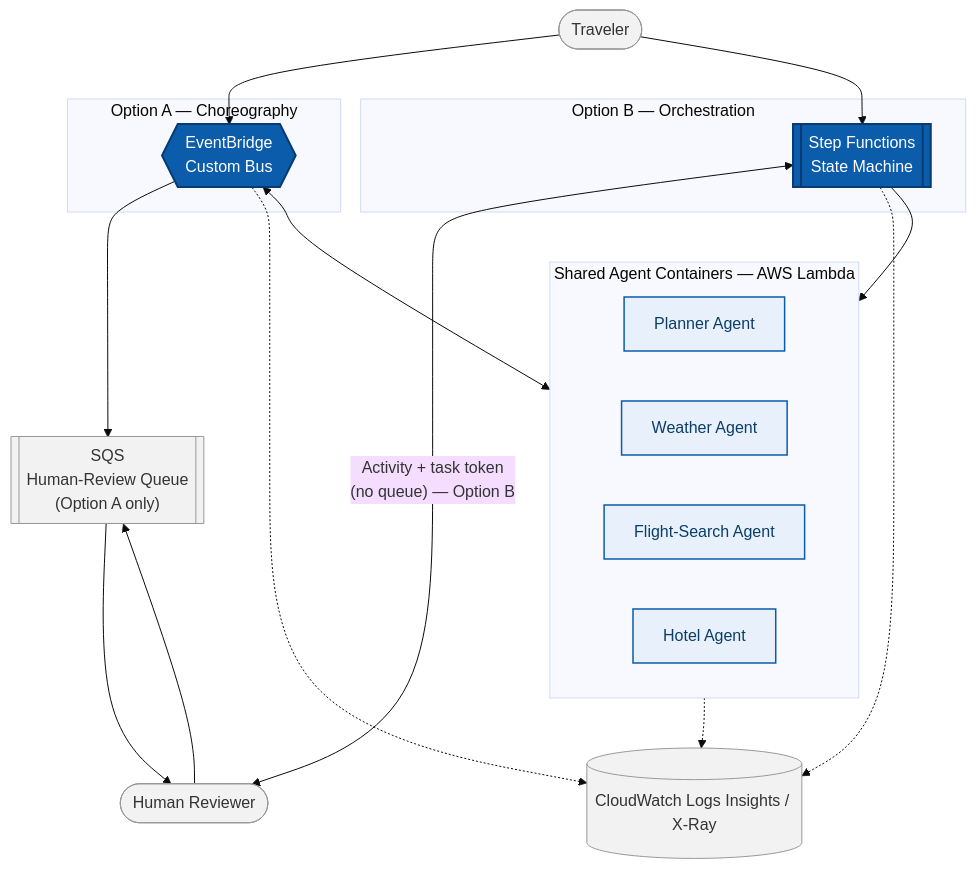
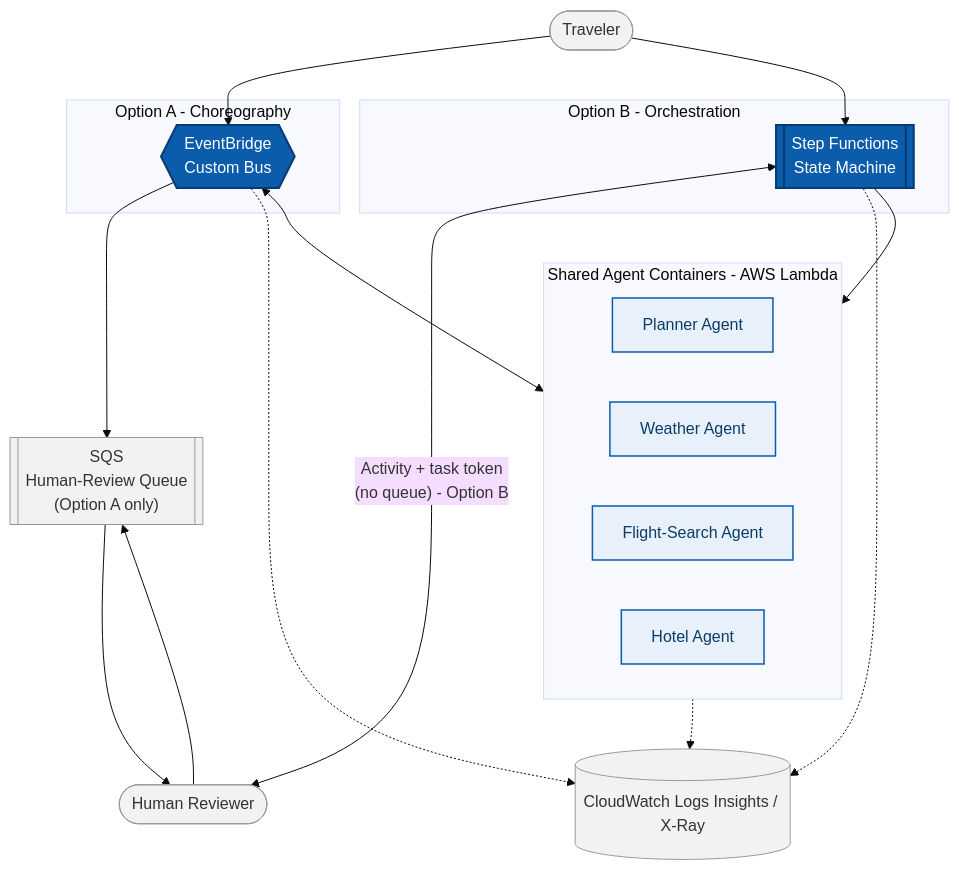
One commit to KartikJaswal1111/multi_agent_patterns_on_aws_serverless changed the second of 2 diagrams in architecture/HLD.md. Above: the diagram before and after it, drawn with Mermaid (base theme). The commit also changed other lines of this file and 11 other files, not shown here.

````diff
--- a/architecture/HLD.md
+++ b/architecture/HLD.md
@@ -144,43 +144,43 @@
 ```mermaid
 flowchart TB
     Client(["Traveler"])
 
-    subgraph OptionA["Option A — Choreography"]
+    subgraph OptionA["Option A - Choreography"]
         Bus{{"EventBridge\nCustom Bus"}}
     end
 
-    subgraph OptionB["Option B — Orchestration"]
+    subgraph OptionB["Option B - Orchestration"]
         SFN[["Step Functions\nState Machine"]]
     end
 
-    subgraph Agents["Shared Agent Containers — AWS Lambda"]
+    subgraph Agents["Shared Agent Containers - AWS Lambda"]
         direction LR
         Planner["Planner Agent"]
         Weather["Weather Agent"]
         Flight["Flight-Search Agent"]
         Hotel["Hotel Agent"]
     end
 
     Queue[["SQS\nHuman-Review Queue\n(Option A only)"]]
     Reviewer(["Human Reviewer"])
     Logs[("CloudWatch Logs Insights / X-Ray")]
 
     Client --> Bus
     Client --> SFN
     Bus <--> Agents
     SFN --> Agents
     Bus --> Queue
     Queue --> Reviewer
     Reviewer --> Queue
-    SFN <-->|"Activity + task token\n(no queue) — Option B"| Reviewer
+    SFN <-->|"Activity + task token\n(no queue) - Option B"| Reviewer
     Agents -.-> Logs
     Bus -.-> Logs
     SFN -.-> Logs
 
     classDef bus fill:#0b5cab,color:#ffffff,stroke:#063b73,stroke-width:2px;
     classDef agent fill:#e8f1fb,color:#0b3d66,stroke:#0b5cab,stroke-width:1.5px;
     classDef ext fill:#f2f2f2,color:#333333,stroke:#999999,stroke-width:1px;
     class Bus,SFN bus;
     class Planner,Weather,Flight,Hotel agent;
     class Client,Queue,Reviewer,Logs ext;
 ```
````
